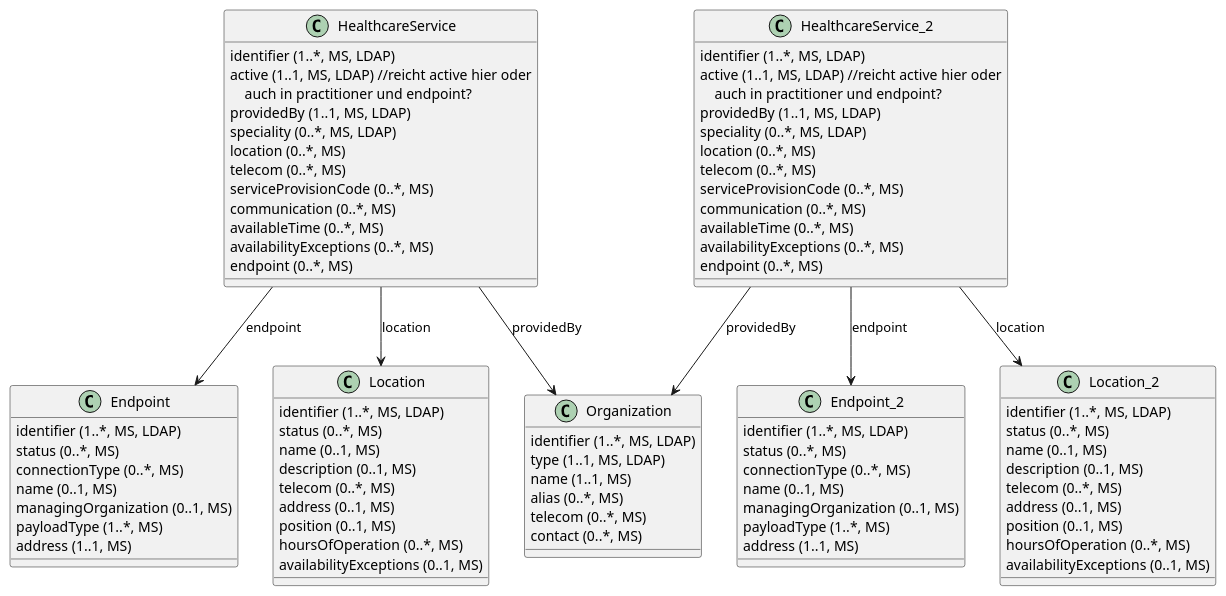
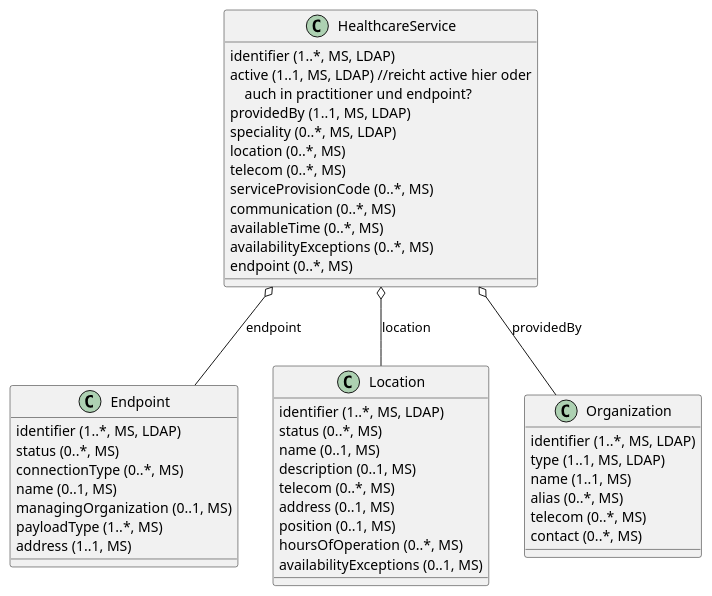
The diagram in src/plantuml/cd_FHIR_HealthcareService.puml (gematik/api-vzd), drawn with PlantUML before and after one commit. The commit also changed 4 other files, not shown here.

Commit message:
new object diagrams and changes in class diagrams

```diff
--- a/src/plantuml/cd_FHIR_HealthcareService.puml
+++ b/src/plantuml/cd_FHIR_HealthcareService.puml
@@ -1,87 +1,49 @@
 @startuml
 class Endpoint {
   {field} identifier (1..*, MS, LDAP)
   {field} status (0..*, MS)
   {field} connectionType (0..*, MS)
   {field} name (0..1, MS)
   {field} managingOrganization (0..1, MS)
   {field} payloadType (1..*, MS)
   {field} address (1..1, MS)
 }
 class Location {
   {field} identifier (1..*, MS, LDAP)
   {field} status (0..*, MS)
   {field} name (0..1, MS)
   {field} description (0..1, MS)
   {field} telecom (0..*, MS)
   {field} address (0..1, MS)
   {field} position (0..1, MS)
   {field} hoursOfOperation (0..*, MS)
   {field} availabilityExceptions (0..1, MS)
 }
 class HealthcareService {
   {field} identifier (1..*, MS, LDAP)
   {field} active (1..1, MS, LDAP) //reicht active hier oder\n    auch in practitioner und endpoint?
   {field} providedBy (1..1, MS, LDAP)
   {field} speciality (0..*, MS, LDAP)
   {field} location (0..*, MS)
   {field} telecom (0..*, MS)
   {field} serviceProvisionCode (0..*, MS)
   {field} communication (0..*, MS)
   '{field} appointmentRequired (0..1, MS)
   {field} availableTime (0..*, MS)
   {field} availabilityExceptions (0..*, MS)
   {field} endpoint (0..*, MS)
 }
 class Organization {
   {field} identifier (1..*, MS, LDAP)
   {field} type (1..1, MS, LDAP)
   {field} name (1..1, MS)
   {field} alias (0..*, MS)
   {field} telecom (0..*, MS)
   {field} contact (0..*, MS)
 }
 
-class HealthcareService_2 {
-  {field} identifier (1..*, MS, LDAP)
-  {field} active (1..1, MS, LDAP) //reicht active hier oder\n    auch in practitioner und endpoint?
-  {field} providedBy (1..1, MS, LDAP)
-  {field} speciality (0..*, MS, LDAP)
-  {field} location (0..*, MS)
-  {field} telecom (0..*, MS)
-  {field} serviceProvisionCode (0..*, MS)
-  {field} communication (0..*, MS)
-  '{field} appointmentRequired (0..1, MS)
-  {field} availableTime (0..*, MS)
-  {field} availabilityExceptions (0..*, MS)
-  {field} endpoint (0..*, MS)
-}
-class Endpoint_2 {
-  {field} identifier (1..*, MS, LDAP)
-  {field} status (0..*, MS)
-  {field} connectionType (0..*, MS)
-  {field} name (0..1, MS)
-  {field} managingOrganization (0..1, MS)
-  {field} payloadType (1..*, MS)
-  {field} address (1..1, MS)
-}
-class Location_2 {
-  {field} identifier (1..*, MS, LDAP)
-  {field} status (0..*, MS)
-  {field} name (0..1, MS)
-  {field} description (0..1, MS)
-  {field} telecom (0..*, MS)
-  {field} address (0..1, MS)
-  {field} position (0..1, MS)
-  {field} hoursOfOperation (0..*, MS)
-  {field} availabilityExceptions (0..1, MS)
-}
-
-HealthcareService --> Organization: providedBy
-HealthcareService --> Endpoint: endpoint
-HealthcareService --> Location: location
-HealthcareService_2 --> Organization: providedBy
-HealthcareService_2 --> Endpoint_2: endpoint
-HealthcareService_2 --> Location_2:location
+HealthcareService o-- Organization: providedBy
+HealthcareService o-- Endpoint: endpoint
+HealthcareService o-- Location: location
 
 @enduml
```
